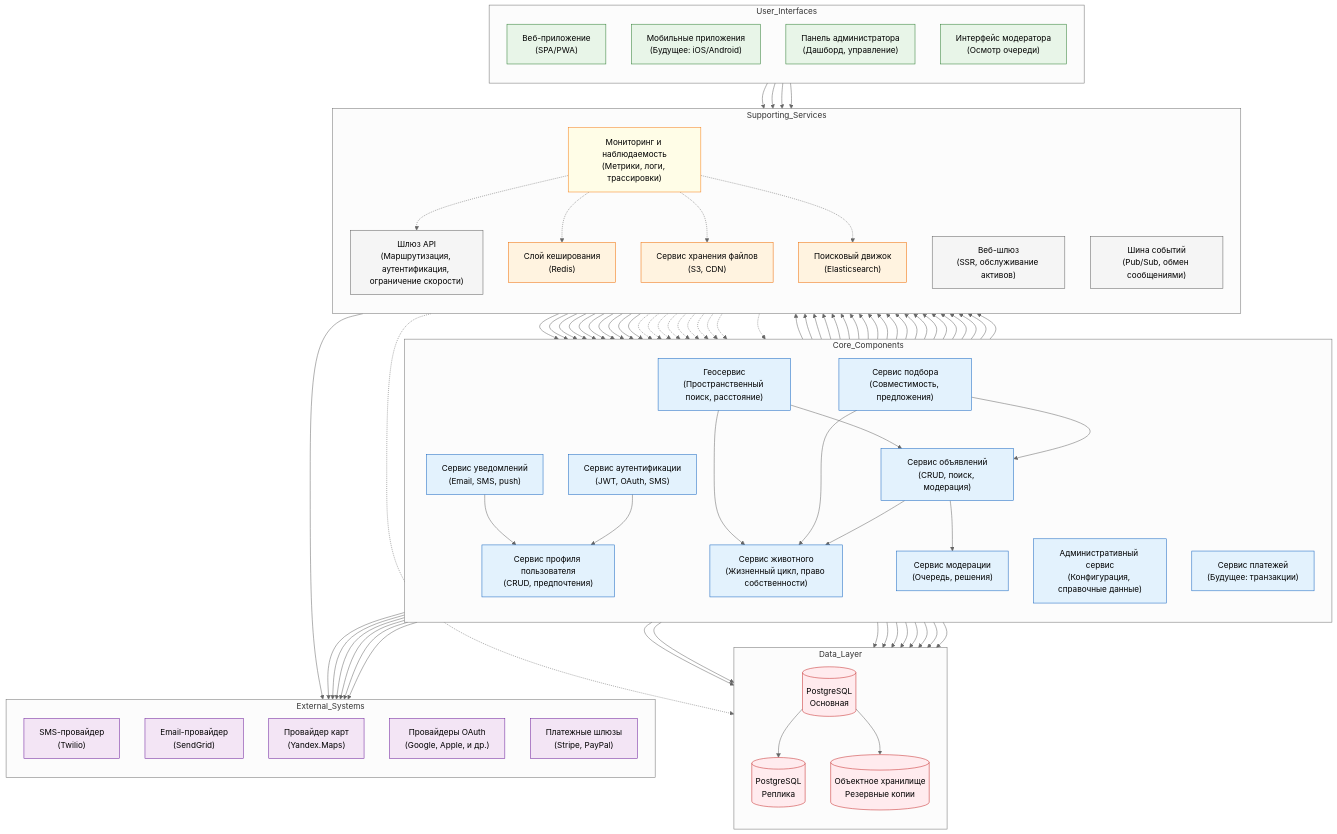
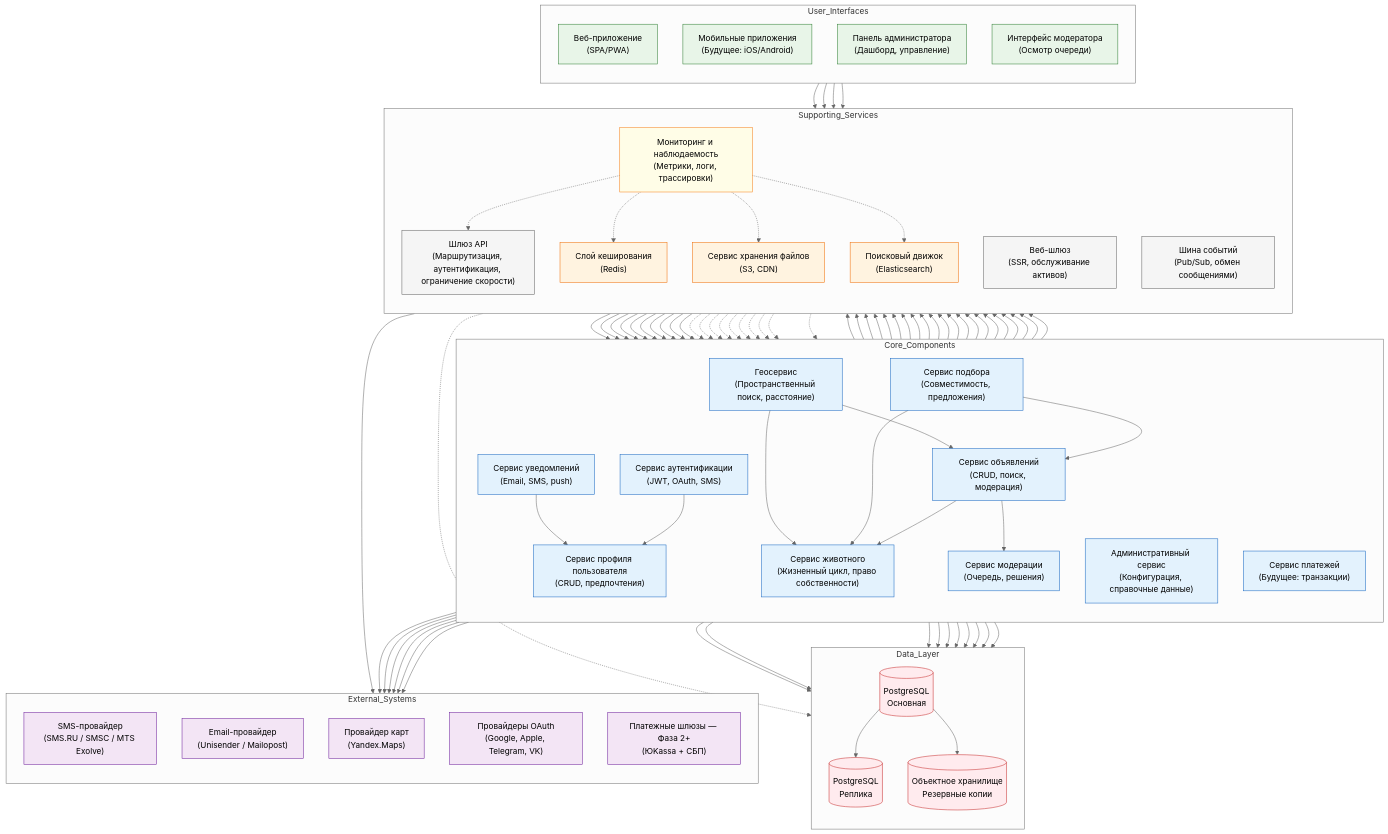
The diagram in docsRU/03-architecture/component-diagram.md (Aleksandr-Sulimenko/ZooLink), drawn with Mermaid (neutral theme) before and after one commit. The commit also changed other lines of this file and 28 other files, not shown here.

```diff
--- a/docsRU/03-architecture/component-diagram.md
+++ b/docsRU/03-architecture/component-diagram.md
@@ -44,11 +52,11 @@
     %% External Systems
     subgraph External_Systems
         direction TB
-        SMS_Gateway["SMS-провайдер<br/>(Twilio)"]
-        Email_Service["Email-провайдер<br/>(SendGrid)"]
+        SMS_Gateway["SMS-провайдер<br/>(SMS.RU / SMSC / MTS Exolve)"]
+        Email_Service["Email-провайдер<br/>(Unisender / Mailopost)"]
         Maps_Service["Провайдер карт<br/>(Yandex.Maps)"]
-        OAuth_Providers["Провайдеры OAuth<br/>(Google, Apple, и др.)"]
-        Payment_Gateways["Платежные шлюзы<br/>(Stripe, PayPal)"]
+        OAuth_Providers["Провайдеры OAuth<br/>(Google, Apple, Telegram, VK)"]
+        Payment_Gateways["Платежные шлюзы — Фаза 2+<br/>(ЮKassa + СБП)"]
     end
 
     %% User Interfaces
```
